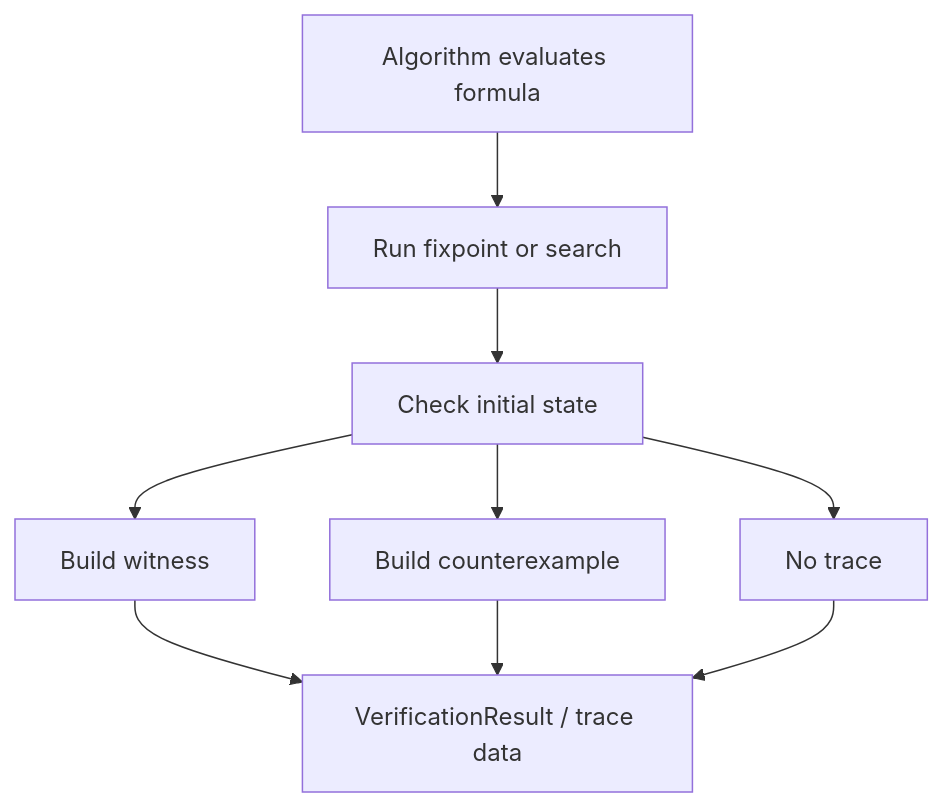
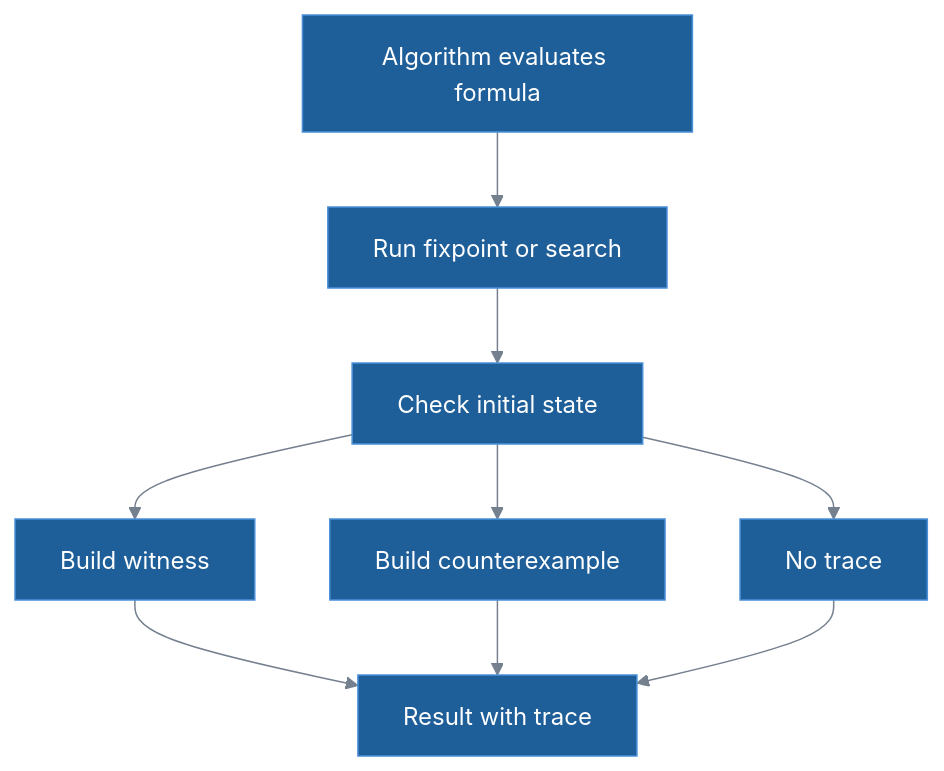
One commit to VITAMIN-organisation/vitamin-model-checker changed the third of 3 diagrams in docs/guides/architecture.md. Above: the diagram before and after it, drawn with Mermaid. The commit also changed other lines of this file and 37 other files, not shown here.

````diff
--- a/docs/guides/architecture.md
+++ b/docs/guides/architecture.md
@@ -179,15 +179,16 @@
 ```mermaid
-flowchart TD
+%%{init: {"theme": "base", "themeVariables": {"primaryColor": "#1f5f99", "primaryTextColor": "#ffffff", "primaryBorderColor": "#4a90d9", "lineColor": "#75808f", "tertiaryTextColor": "#75808f", "titleColor": "#75808f", "clusterBkg": "transparent", "clusterBorder": "#75808f", "edgeLabelBackground": "transparent"}}}%%
+flowchart TB
     evaluate["Algorithm evaluates formula"]
     fixpoint["Run fixpoint or search"]
-    satisfied["Check initial state"]
+    initial["Check initial state"]
     witness["Build witness"]
     counterexample["Build counterexample"]
     none["No trace"]
-    trace["VerificationResult / trace data"]
+    trace["Result with trace"]
 
-    evaluate --> fixpoint --> satisfied
-    satisfied --> witness --> trace
-    satisfied --> counterexample --> trace
-    satisfied --> none --> trace
+    evaluate --> fixpoint --> initial
+    initial --> witness --> trace
+    initial --> counterexample --> trace
+    initial --> none --> trace
 ```
````
